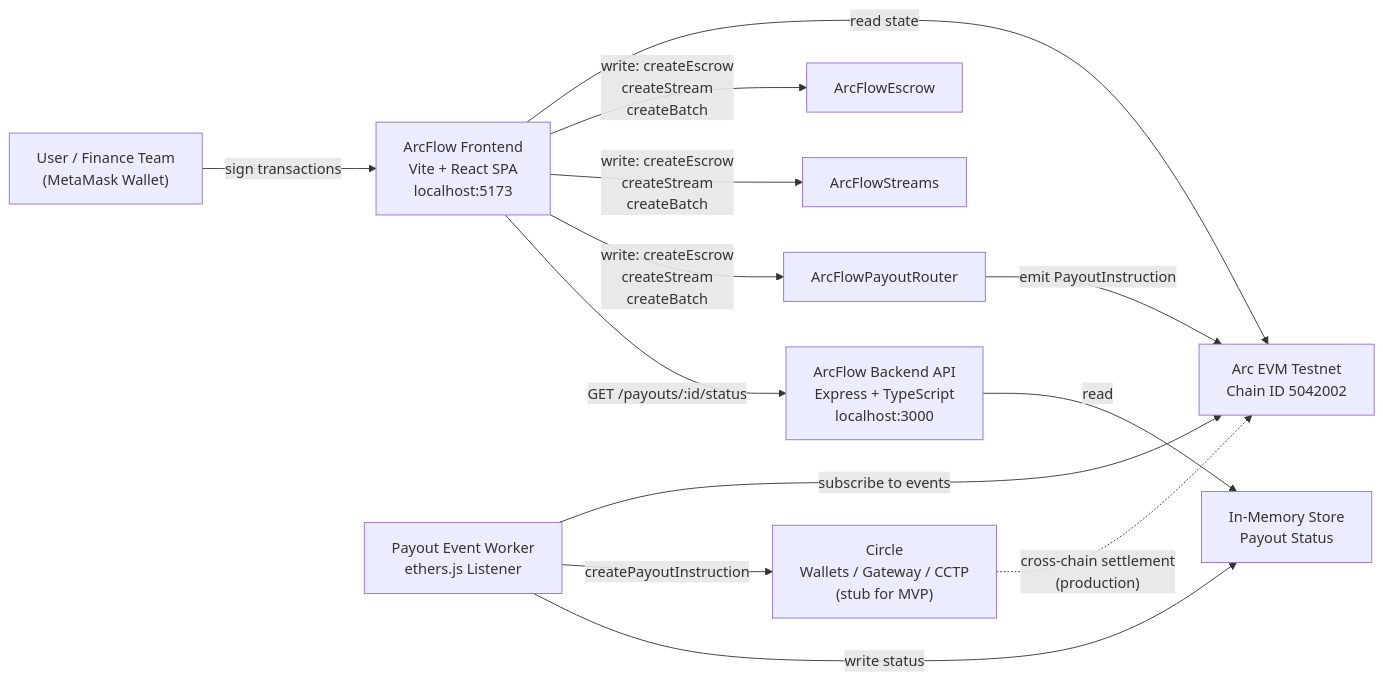
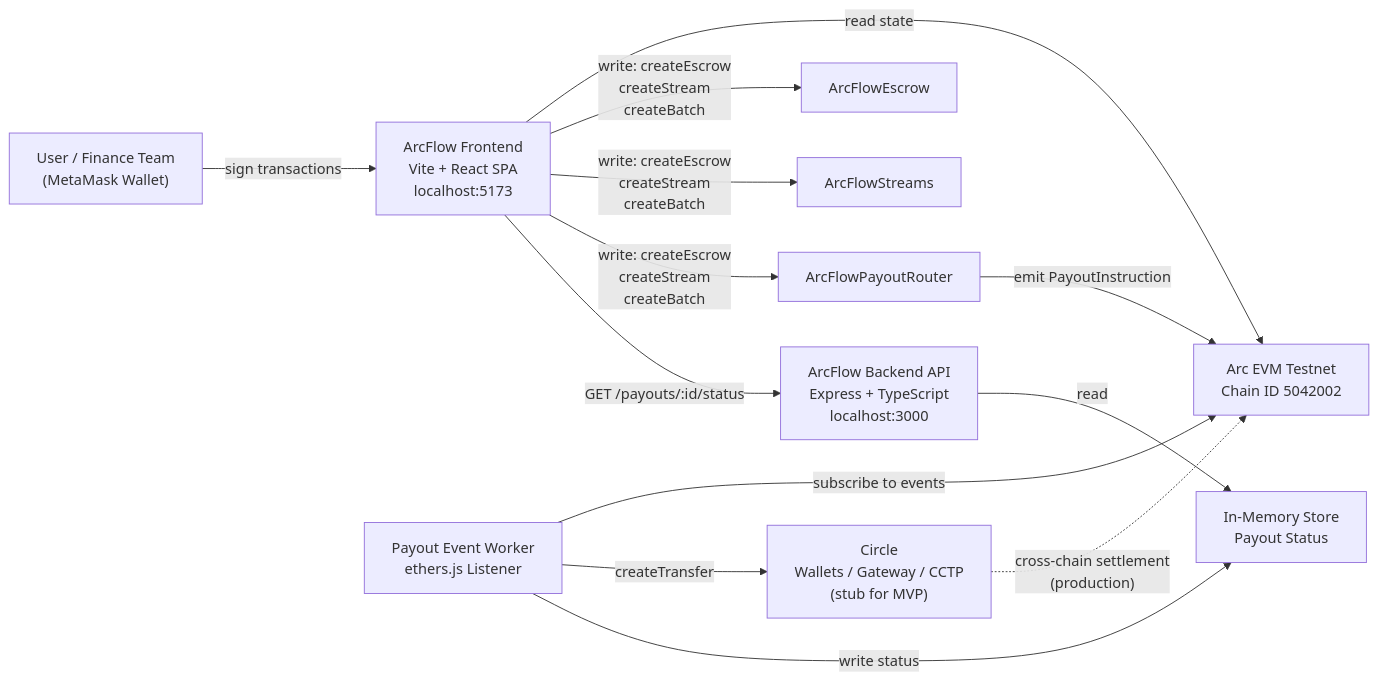
One commit to MasteraSnackin/ArcFlow-Treasury changed the diagram in README.md. Above: the diagram before and after it, drawn with Mermaid. The commit also changed other lines of this file and 2 other files, not shown here.

First line of the commit message:
docs: document Circle arc-multichain-wallet alignment

````diff
--- a/README.md
+++ b/README.md
@@ -76,24 +77,24 @@
 ```mermaid
 flowchart LR
   User["User / Finance Team\n(MetaMask Wallet)"]
   UI["ArcFlow Frontend\nVite + React SPA\nlocalhost:5173"]
   API["ArcFlow Backend API\nExpress + TypeScript\nlocalhost:3000"]
   Worker["Payout Event Worker\nethers.js Listener"]
   Arc["Arc EVM Testnet\nChain ID 5042002"]
   Escrow["ArcFlowEscrow"]
   Streams["ArcFlowStreams"]
   Router["ArcFlowPayoutRouter"]
   Circle["Circle\nWallets / Gateway / CCTP\n(stub for MVP)"]
   Store["In-Memory Store\nPayout Status"]
 
   User -->|"sign transactions"| UI
   UI -->|"read state"| Arc
   UI -->|"write: createEscrow\ncreateStream\ncreateBatch"| Escrow & Streams & Router
   UI -->|"GET /payouts/:id/status"| API
   Router -->|"emit PayoutInstruction"| Arc
   Worker -->|"subscribe to events"| Arc
-  Worker -->|"createPayoutInstruction"| Circle
+  Worker -->|"createTransfer"| Circle
   Worker -->|"write status"| Store
   API -->|"read"| Store
   Circle -.->|"cross-chain settlement\n(production)"| Arc
 ```
````
